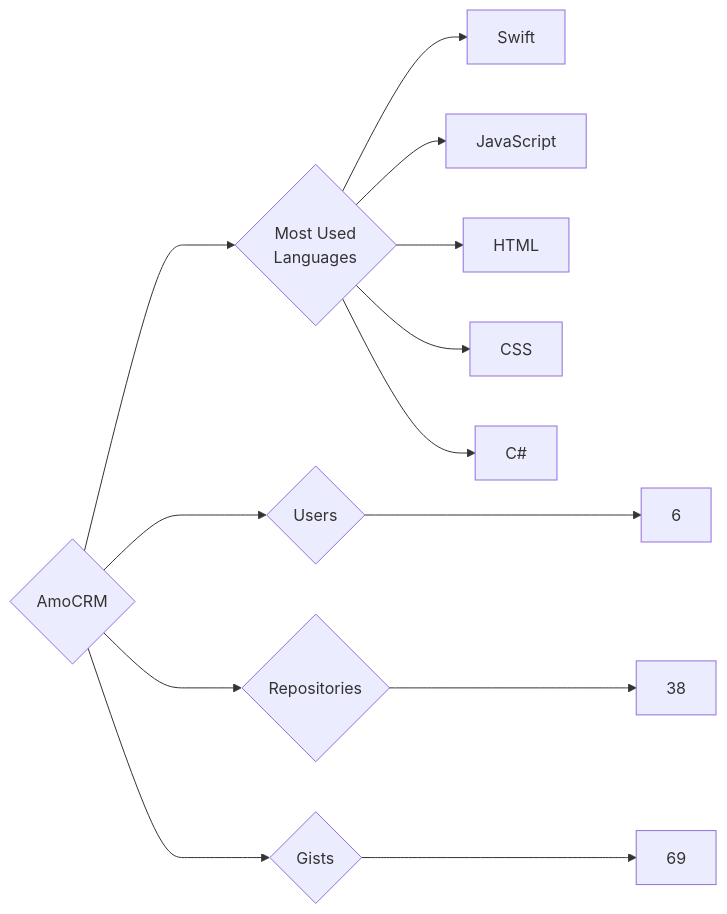
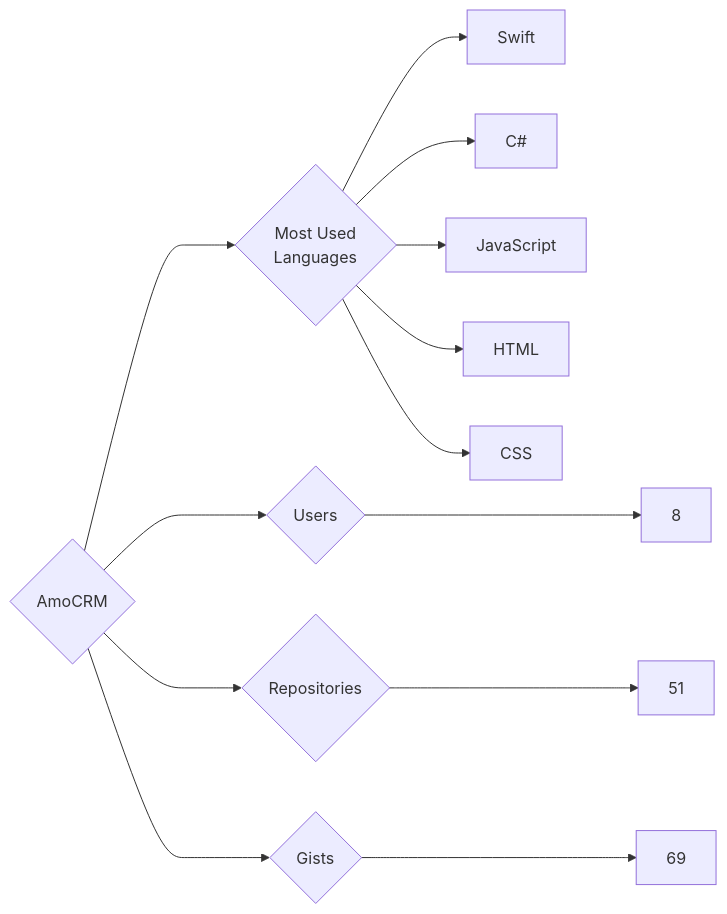
One commit to trickest/insiders changed the diagram in targets/AmoCRM/README.md. Above: the diagram before and after it, drawn with Mermaid. The commit also changed 998 other files, not shown here.

````diff
--- a/targets/AmoCRM/README.md
+++ b/targets/AmoCRM/README.md
@@ -3,13 +3,13 @@
 ```mermaid
 graph LR
 COMPANY_NAME{AmoCRM}
-COMPANY_NAME ---> U{Users} ---> UN[6]
-COMPANY_NAME ---> R{Repositories} ---> RN[38]
+COMPANY_NAME ---> U{Users} ---> UN[8]
+COMPANY_NAME ---> R{Repositories} ---> RN[51]
 COMPANY_NAME ---> G{Gists} ---> GN[69]
 COMPANY_NAME ---> ML{Most Used<br>Languages}
 ML --> Swift[Swift]
+ML --> C#[C#]
 ML --> JavaScript[JavaScript]
 ML --> HTML[HTML]
 ML --> CSS[CSS]
-ML --> C#[C#]
 ```
````
